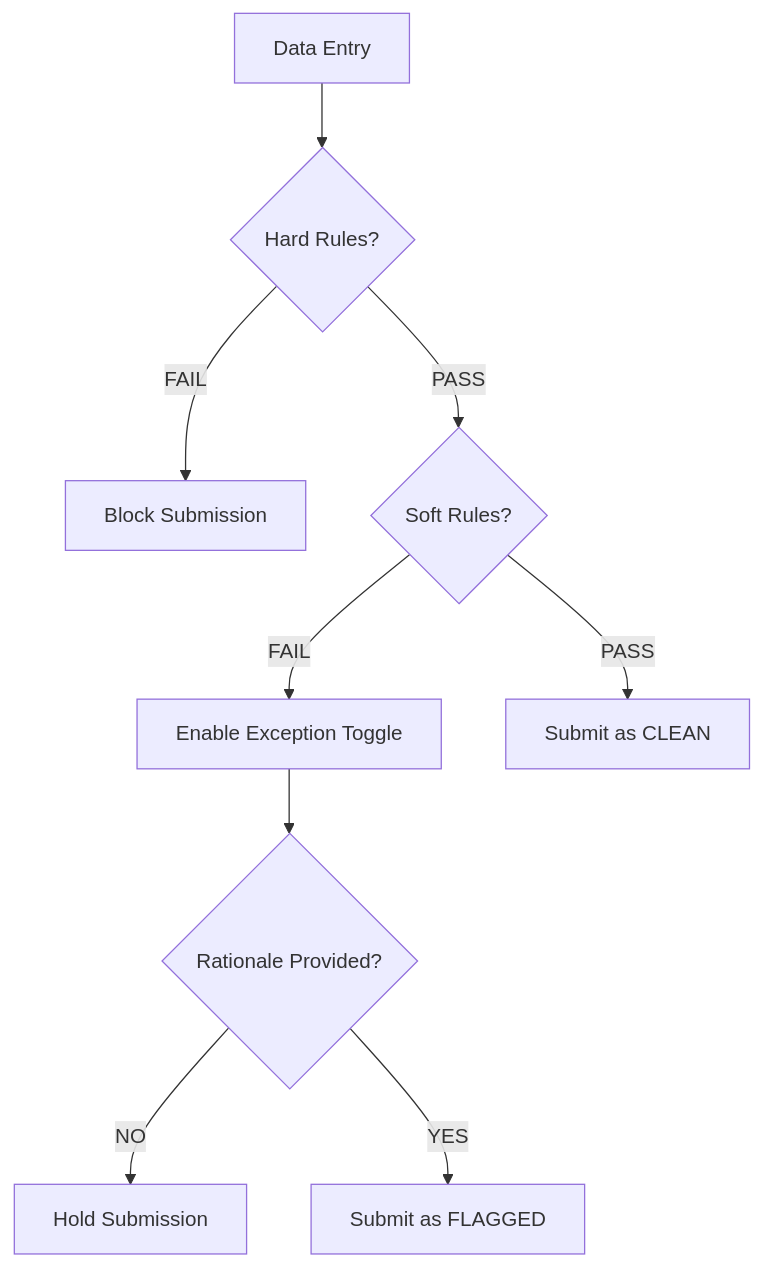
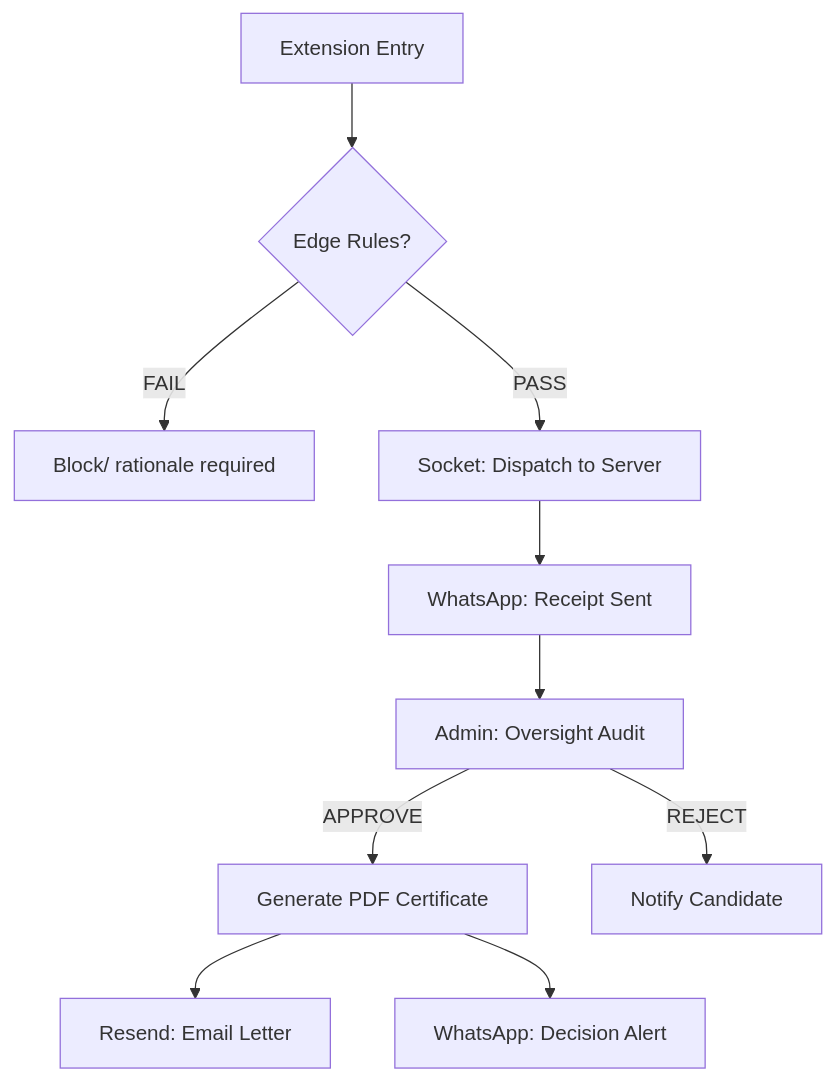
Before and after one commit to Sudheerbmb/AdmitGuard: the first of 2 diagrams in README.md, drawn with Mermaid. The commit also changed other lines of this file and 2 other files, not shown here.

````diff
--- a/README.md
+++ b/README.md
@@ -128,11 +104,12 @@
 ```mermaid
 graph TD
-    A[Data Entry] --> B{Hard Rules?}
-    B -- FAIL --> C[Block Submission]
-    B -- PASS --> D{Soft Rules?}
-    D -- FAIL --> E[Enable Exception Toggle]
-    E --> F{Rationale Provided?}
-    F -- NO --> G[Hold Submission]
-    F -- YES --> H[Submit as FLAGGED]
-    D -- PASS --> I[Submit as CLEAN]
+    A[Extension Entry] --> B{Edge Rules?}
+    B -- FAIL --> C[Block/ rationale required]
+    B -- PASS --> D[Socket: Dispatch to Server]
+    D --> E[WhatsApp: Receipt Sent]
+    E --> F[Admin: Oversight Audit]
+    F -- APPROVE --> G[Generate PDF Certificate]
+    G --> H[Resend: Email Letter]
+    G --> I[WhatsApp: Decision Alert]
+    F -- REJECT --> J[Notify Candidate]
 ```
````
